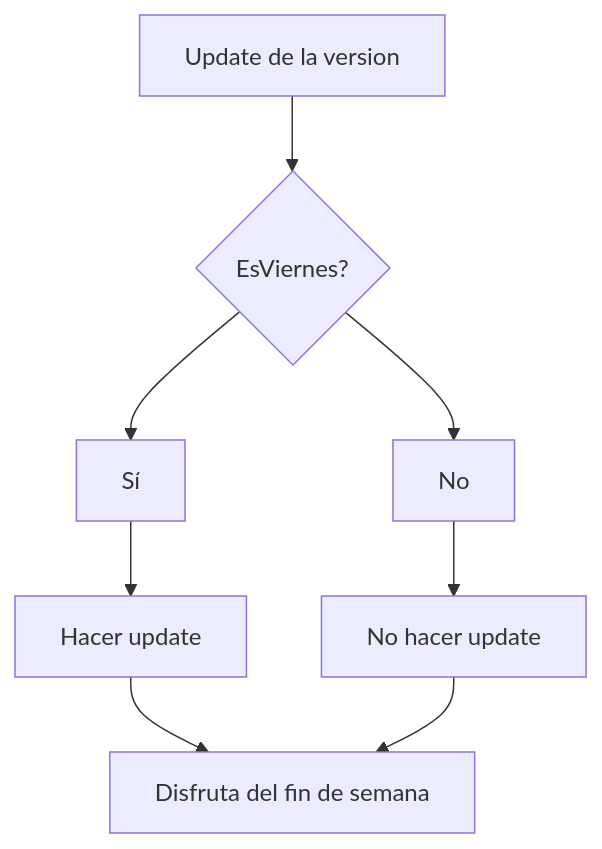
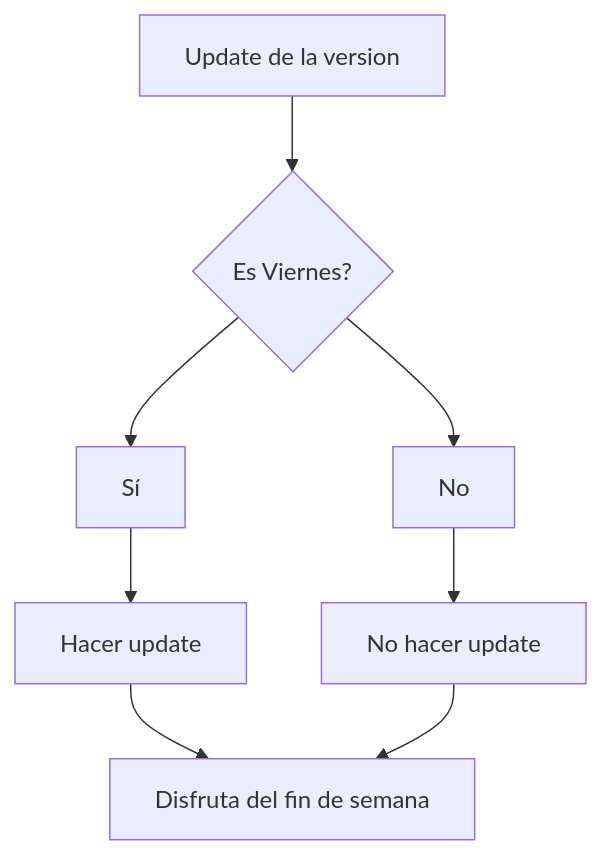
The diagram in README.md (narkocam/inkubo), drawn with Mermaid before and after one commit.

````diff
--- a/README.md
+++ b/README.md
@@ -10,8 +10,8 @@
 ```mermaid
 flowchart TD;
-    A[Update de la version]-->B{EsViernes?};
+    A[Update de la version]-->B{Es Viernes?};
     B-->Sí-->C[Hacer update];
     B-->No-->D[No hacer update];
     C-->E[Disfruta del fin de semana];
     D-->E[Disfruta del fin de semana];
 ```
````
